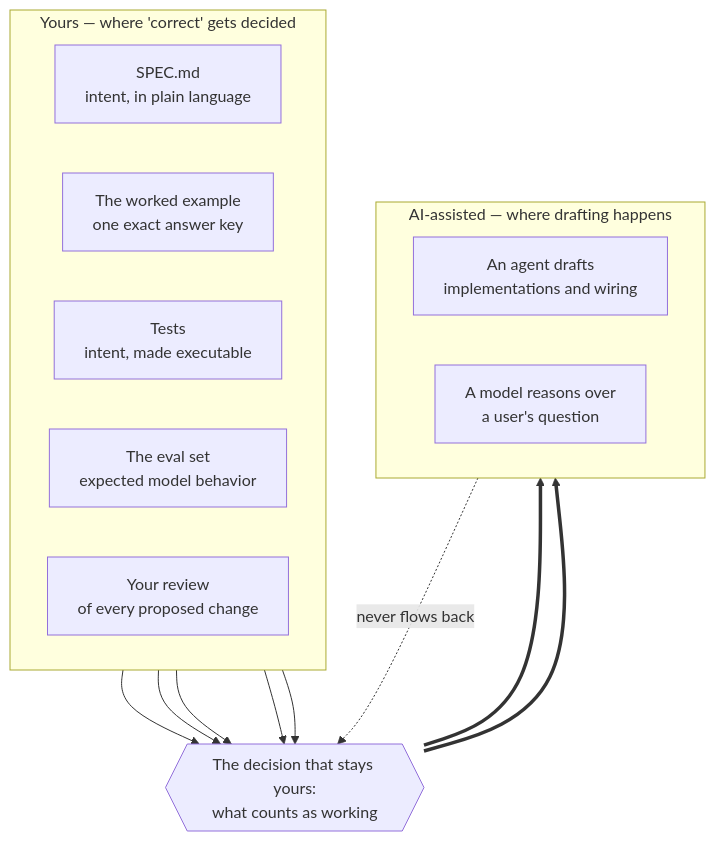
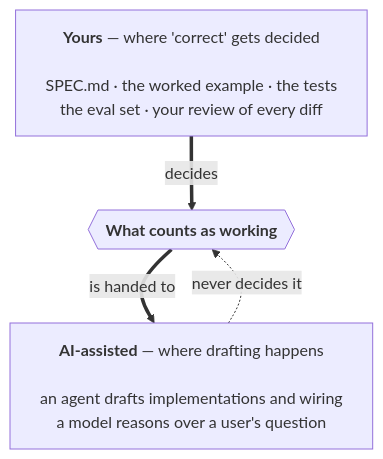
One commit to rioffe/intro_to_ai_software_engineering changed the first of 2 diagrams in manuscript/00-front-matter.md. Above: the diagram before and after it, drawn with Mermaid. The commit also changed other lines of this file and 17 other files, not shown here.

First line of the commit message:
Diagram readability pass, and keep diagrams with their intro sentence

````diff
--- a/manuscript/00-front-matter.md
+++ b/manuscript/00-front-matter.md
@@ -38,30 +38,15 @@
 ```mermaid
+---
+config:
+  flowchart:
+    wrappingWidth: 460
+---
 flowchart TD
-    subgraph YOURS[" Yours — where 'correct' gets decided "]
-        direction LR
-        SPEC["SPEC.md<br/>intent, in plain language"]
-        KEY["The worked example<br/>one exact answer key"]
-        TESTS["Tests<br/>intent, made executable"]
-        EVALSET["The eval set<br/>expected model behavior"]
-        REVIEW["Your review<br/>of every proposed change"]
-    end
+    YOURS["<b>Yours</b> — where 'correct' gets decided<br/><br/>SPEC.md · the worked example · the tests<br/>the eval set · your review of every diff"]
+    BOUNDARY{{"<b>What counts as working</b>"}}
+    ASSISTED["<b>AI-assisted</b> — where drafting happens<br/><br/>an agent drafts implementations and wiring<br/>a model reasons over a user's question"]
 
-    BOUNDARY{{"The decision that stays yours:<br/>what counts as working"}}
-
-    subgraph ASSISTED[" AI-assisted — where drafting happens "]
-        direction LR
-        AGENT["An agent drafts<br/>implementations and wiring"]
-        MODEL["A model reasons over<br/>a user's question"]
-    end
-
-    SPEC --> BOUNDARY
-    KEY --> BOUNDARY
-    TESTS --> BOUNDARY
-    EVALSET --> BOUNDARY
-    REVIEW --> BOUNDARY
-
-    BOUNDARY ==> AGENT
-    BOUNDARY ==> MODEL
-
-    ASSISTED -.->|"never flows back"| BOUNDARY
+    YOURS ==>|"decides"| BOUNDARY
+    BOUNDARY ==>|"is handed to"| ASSISTED
+    ASSISTED -.->|"never decides it"| BOUNDARY
 ```
````
